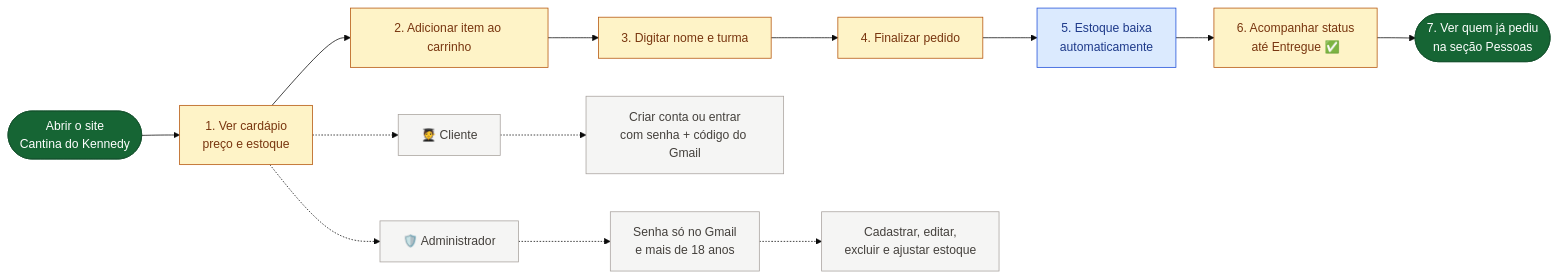
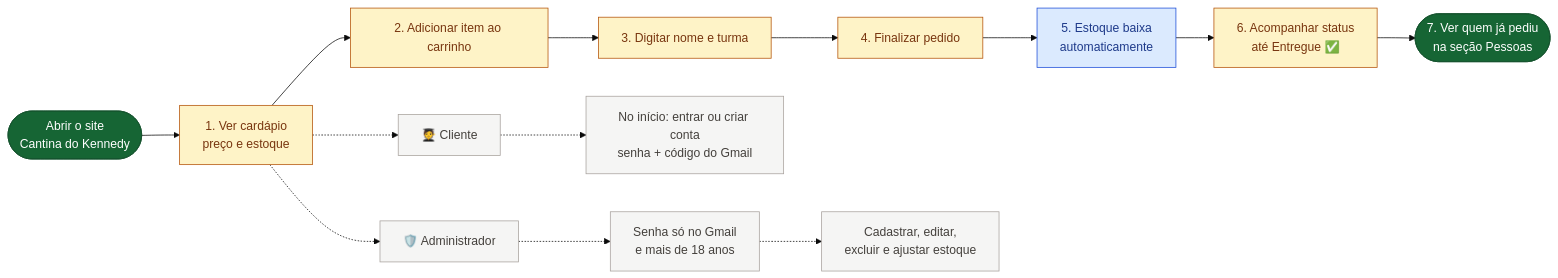
One commit to afonsomiguel700/cantina-kennedy changed the diagram in fluxograma-simples.md. Above: the diagram before and after it, drawn with Mermaid (base theme). The commit also changed 9 other files, not shown here.

````diff
--- a/fluxograma-simples.md
+++ b/fluxograma-simples.md
@@ -12,28 +12,28 @@
 ```mermaid
 flowchart LR
     A(["Abrir o site<br/>Cantina do Kennedy"])
     B["1. Ver cardápio<br/>preço e estoque"]
     C["2. Adicionar item ao carrinho"]
     D["3. Digitar nome e turma"]
     E["4. Finalizar pedido"]
     F["5. Estoque baixa<br/>automaticamente"]
     G["6. Acompanhar status<br/>até Entregue ✅"]
     H(["7. Ver quem já pediu<br/>na seção Pessoas"])
 
     A --> B --> C --> D --> E --> F --> G --> H
 
     B -.-> I["🧑‍🎓 Cliente"]
-    I -.-> J["Criar conta ou entrar<br/>com senha + código do Gmail"]
+    I -.-> J["No início: entrar ou criar conta<br/>senha + código do Gmail"]
     B -.-> L["🛡️ Administrador"]
     L -.-> M["Senha só no Gmail<br/>e mais de 18 anos"]
     M -.-> K["Cadastrar, editar,<br/>excluir e ajustar estoque"]
 
     classDef inicio fill:#166534,stroke:#14532d,color:#ffffff;
     classDef acao fill:#fef3c7,stroke:#b45309,color:#78350f;
     classDef salvo fill:#dbeafe,stroke:#1d4ed8,color:#1e3a8a;
     classDef extra fill:#f5f5f4,stroke:#a8a29e,color:#44403c;
     class A,H inicio;
     class B,C,D,E,G acao;
     class F salvo;
     class I,J,L,M,K extra;
 ```
````
